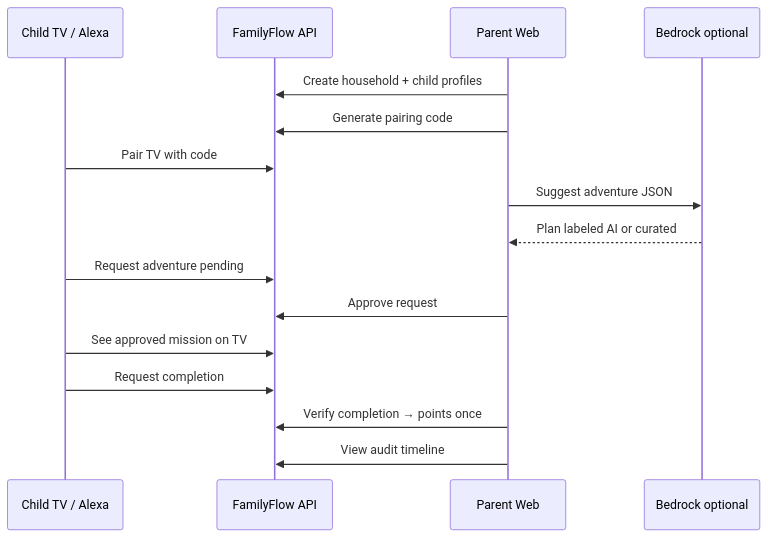
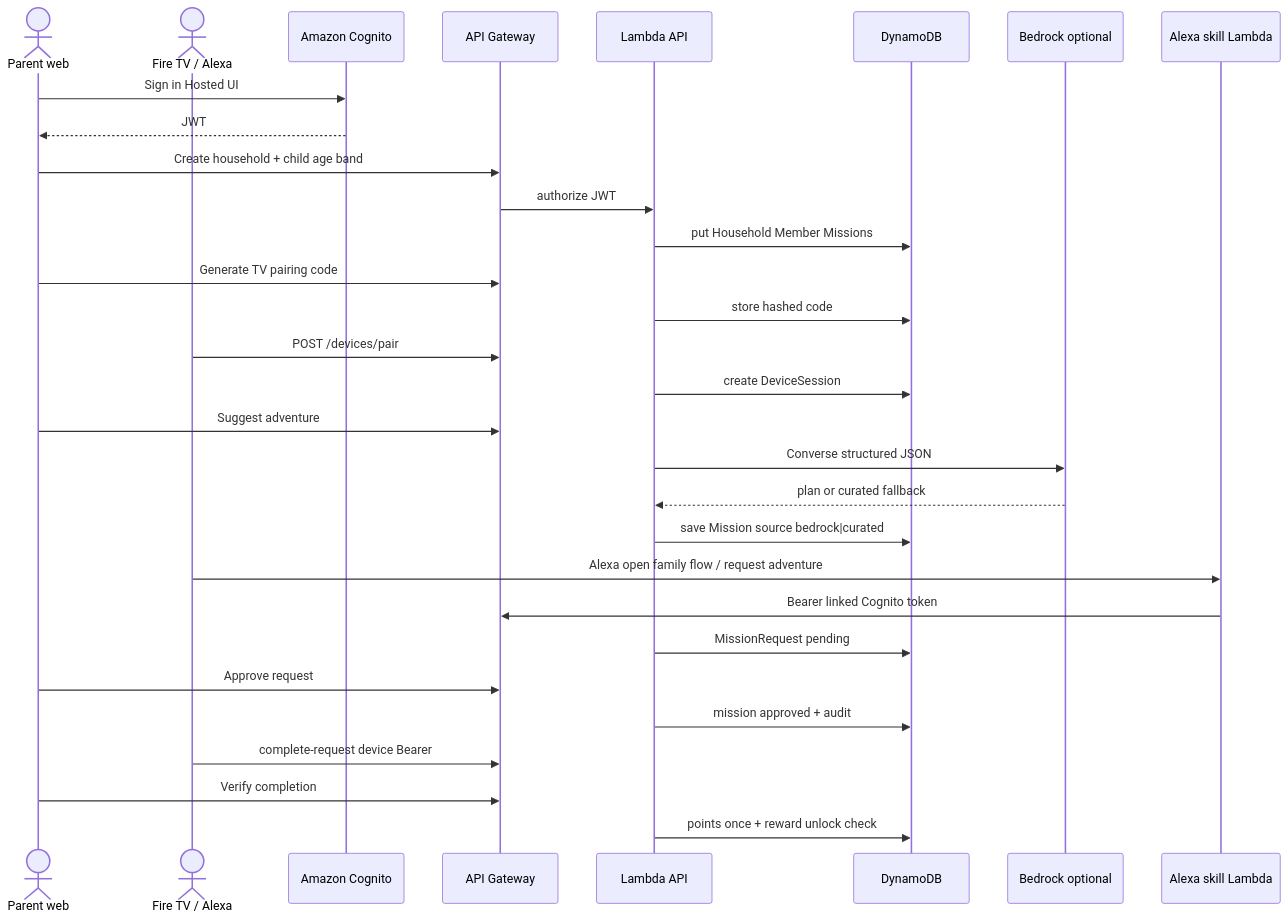
One commit to LightLLM/FamilyFlow-AI changed the third of 3 diagrams in README.md. Above: the diagram before and after it, drawn with Mermaid. The commit also changed other lines of this file, not shown here.

First line of the commit message:
Add Amazon-centric architecture and DynamoDB data diagrams to README.

````diff
--- a/README.md
+++ b/README.md
@@ -158,19 +244,33 @@
 ```mermaid
 sequenceDiagram
-  participant Kid as Child TV / Alexa
-  participant API as FamilyFlow API
-  participant Parent as Parent Web
-  participant AI as Bedrock optional
+  actor Parent as Parent web
+  actor Kid as Fire TV / Alexa
+  participant Cog as Amazon Cognito
+  participant APIGW as API Gateway
+  participant L as Lambda API
+  participant DDB as DynamoDB
+  participant BR as Bedrock optional
+  participant ASK as Alexa skill Lambda
 
-  Parent->>API: Create household + child profiles
-  Parent->>API: Generate pairing code
-  Kid->>API: Pair TV with code
-  Parent->>AI: Suggest adventure JSON
-  AI-->>Parent: Plan labeled AI or curated
-  Kid->>API: Request adventure pending
-  Parent->>API: Approve request
-  Kid->>API: See approved mission on TV
-  Kid->>API: Request completion
-  Parent->>API: Verify completion → points once
-  Parent->>API: View audit timeline
+  Parent->>Cog: Sign in Hosted UI
+  Cog-->>Parent: JWT
+  Parent->>APIGW: Create household + child age band
+  APIGW->>L: authorize JWT
+  L->>DDB: put Household Member Missions
+  Parent->>APIGW: Generate TV pairing code
+  L->>DDB: store hashed code
+  Kid->>APIGW: POST /devices/pair
+  L->>DDB: create DeviceSession
+  Parent->>APIGW: Suggest adventure
+  L->>BR: Converse structured JSON
+  BR-->>L: plan or curated fallback
+  L->>DDB: save Mission source bedrock|curated
+  Kid->>ASK: Alexa open family flow / request adventure
+  ASK->>APIGW: Bearer linked Cognito token
+  L->>DDB: MissionRequest pending
+  Parent->>APIGW: Approve request
+  L->>DDB: mission approved + audit
+  Kid->>APIGW: complete-request device Bearer
+  Parent->>APIGW: Verify completion
+  L->>DDB: points once + reward unlock check
 ```
````
